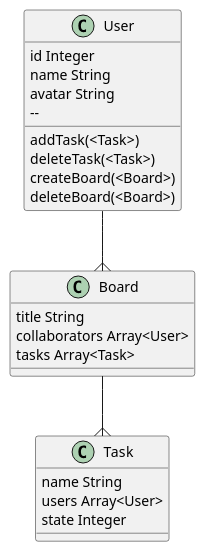
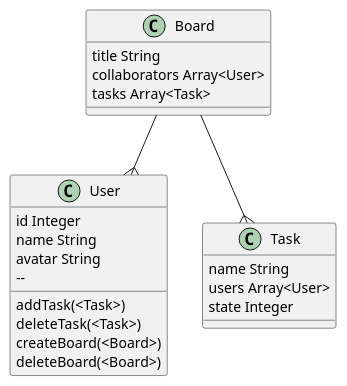
The diagram in Design/Classes.plantuml (dawidchar/Whitehat-Kanban), drawn with PlantUML before and after one commit.

Commit message:
Classes Update 😃

```diff
--- a/Design/Classes.plantuml
+++ b/Design/Classes.plantuml
@@ -1,24 +1,25 @@
 @startuml
 class User {
     id Integer 
     name String
     avatar String 
     -- 
     addTask(<Task>)
     deleteTask(<Task>)
     createBoard(<Board>)
     deleteBoard(<Board>)
 }
 class Task {
     name String 
     users Array<User> 
     state Integer  
 }
 class Board {
     title String
     collaborators Array<User>
     tasks Array<Task>
 }
-User --{ Board
+
+Board --{ User
 Board --{ Task 
 @enduml
```
